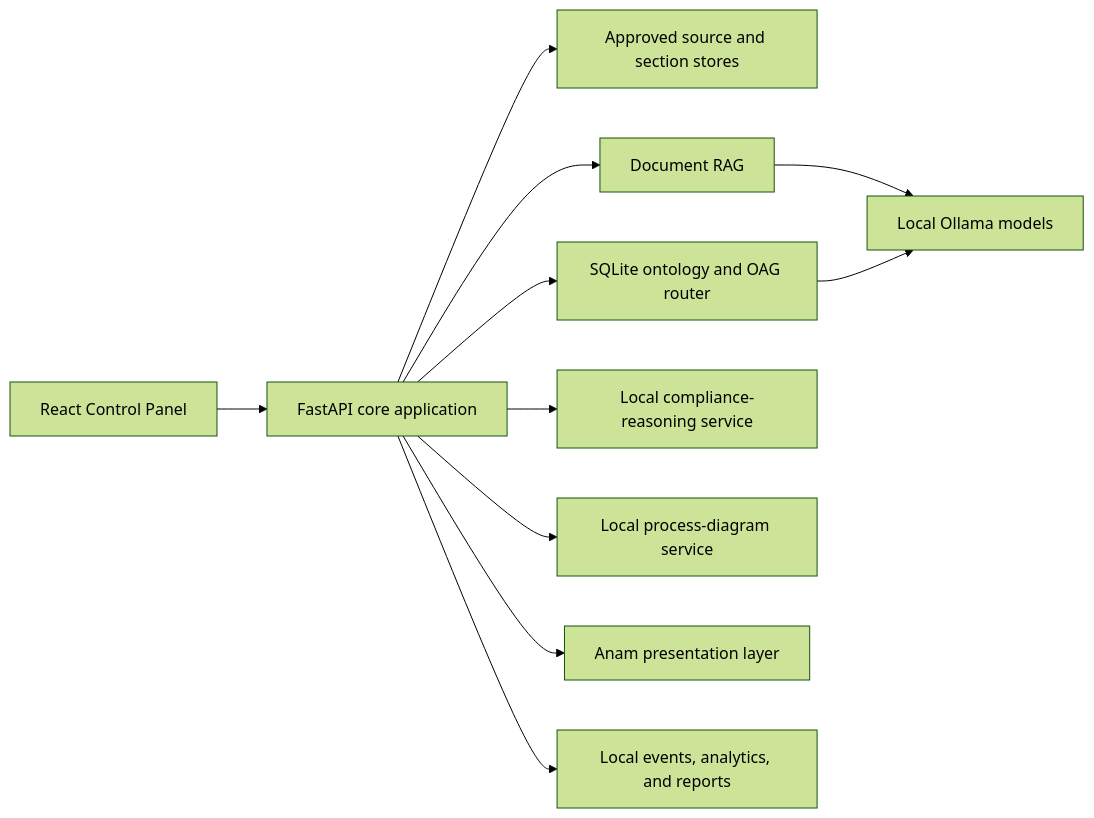
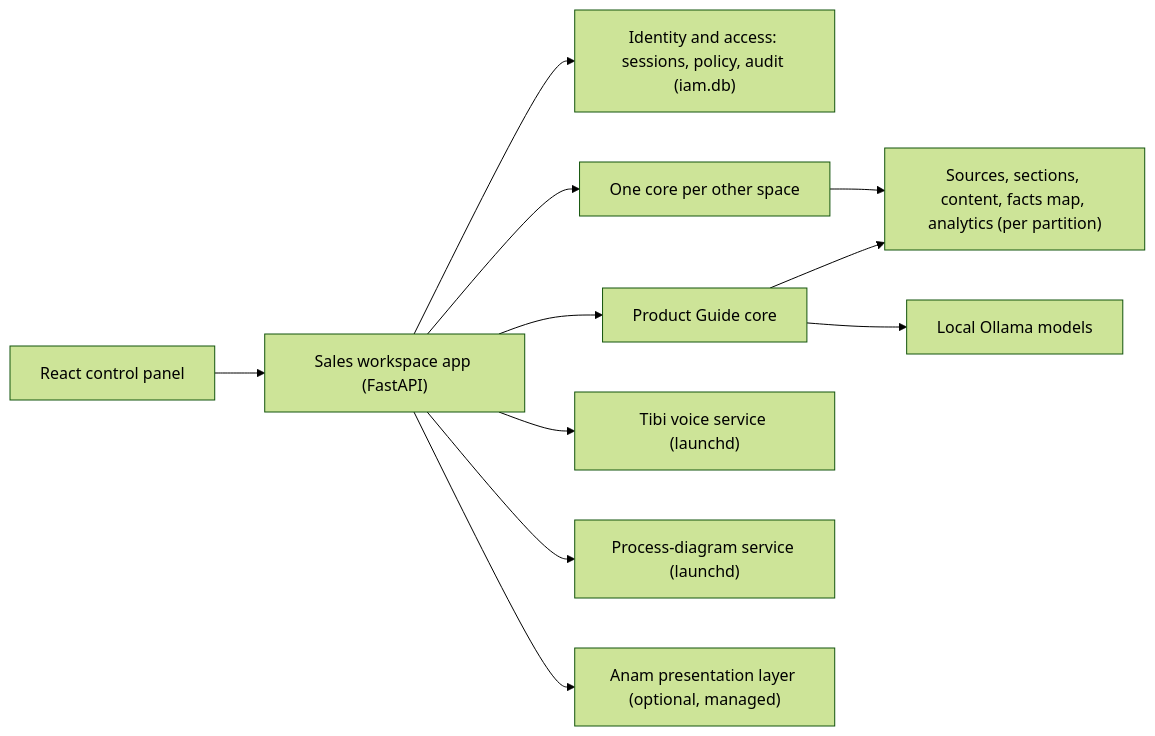
The diagram in ARCHITECTURE_STATUS.md (chriser/opsatlas), drawn with Mermaid (forest theme) before and after one commit. The commit also changed other lines of this file and 5 other files, not shown here.

First line of the commit message:
docs(iam): the IAM guide, permission matrix and route manifest; forecast guard and status refresh (IAM F9, ARCH F6)

````diff
--- a/ARCHITECTURE_STATUS.md
+++ b/ARCHITECTURE_STATUS.md
@@ -31,13 +34,13 @@
 ```mermaid
 flowchart LR
-    UI["React Control Panel"] --> API["FastAPI core application"]
-    API --> Sources["Approved source and section stores"]
-    API --> Retrieval["Document RAG"]
-    API --> Ontology["SQLite ontology and OAG router"]
-    Retrieval --> Models["Local Ollama models"]
-    Ontology --> Models
-    API --> Compliance["Local compliance-reasoning service"]
-    API --> Diagrams["Local process-diagram service"]
-    API --> Anam["Anam presentation layer"]
-    API --> Analytics["Local events, analytics, and reports"]
+    UI["React control panel"] --> WS["Sales workspace app (FastAPI)"]
+    WS --> IAM["Identity and access: sessions, policy, audit (iam.db)"]
+    WS --> PG["Product Guide core"]
+    WS --> ORG["One core per other space"]
+    PG --> Stores["Sources, sections, content, facts map, analytics (per partition)"]
+    ORG --> Stores
+    PG --> Models["Local Ollama models"]
+    WS --> Tibi["Tibi voice service (launchd)"]
+    WS --> Diagrams["Process-diagram service (launchd)"]
+    WS --> Anam["Anam presentation layer (optional, managed)"]
 ```
````
